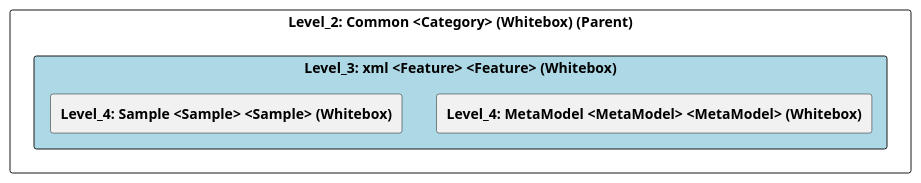
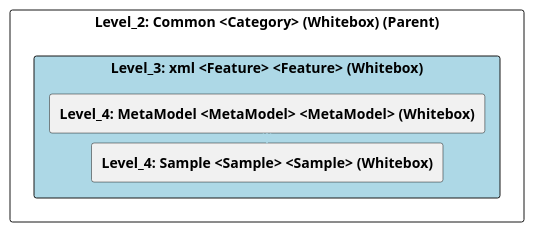
One commit to marcozwyssig/cleon changed the diagram in doc/cleonproject_deliverables_architecture_model_architecture/adoc/de/05_bausteinsicht/cleon/common/xml/ebene_3_xml.adoc. Above: the diagram before and after it, drawn with PlantUML. The commit also changed other lines of this file and 187 other files, not shown here.

```diff
--- a/doc/cleonproject_deliverables_architecture_model_architecture/adoc/de/05_bausteinsicht/cleon/common/xml/ebene_3_xml.adoc
+++ b/doc/cleonproject_deliverables_architecture_model_architecture/adoc/de/05_bausteinsicht/cleon/common/xml/ebene_3_xml.adoc
@@ -20,25 +20,28 @@
 [plantuml, Level_3: xml <Feature> <Feature> (Whitebox)BlockOverview, format="svg"]
 ----
 @startuml Level_3: xml <Feature> <Feature> (Whitebox)BuildingBlockOverview
 
 skinparam ranksep 10
 skinparam componentStyle rectangle
 skinparam shadowing false
 skinparam arrowColor lightblue
 skinparam arrowThickness 1.2
 skinparam rectangle {
   BackgroundColor White
   BorderColor #333
   RoundCorner 10
 }
 top to bottom direction
 
 component "Level_2: Common <Category> (Whitebox) (Parent)" {
     component "Level_3: xml <Feature> <Feature> (Whitebox)" #lightblue {
         [**Level_4: MetaModel <MetaModel> <MetaModel> (Whitebox)**] as 4A570574_D579_11EE_903E_9F564E4DE07E
         [**Level_4: Sample <Sample> <Sample> (Whitebox)**] as 4A56DE3A_D579_11EE_903E_9F564E4DE07E
     }
+
+    4A570574_D579_11EE_903E_9F564E4DE07E -down-> 4A56DE3A_D579_11EE_903E_9F564E4DE07E
+    
 }
 
 @enduml
 ----
```
